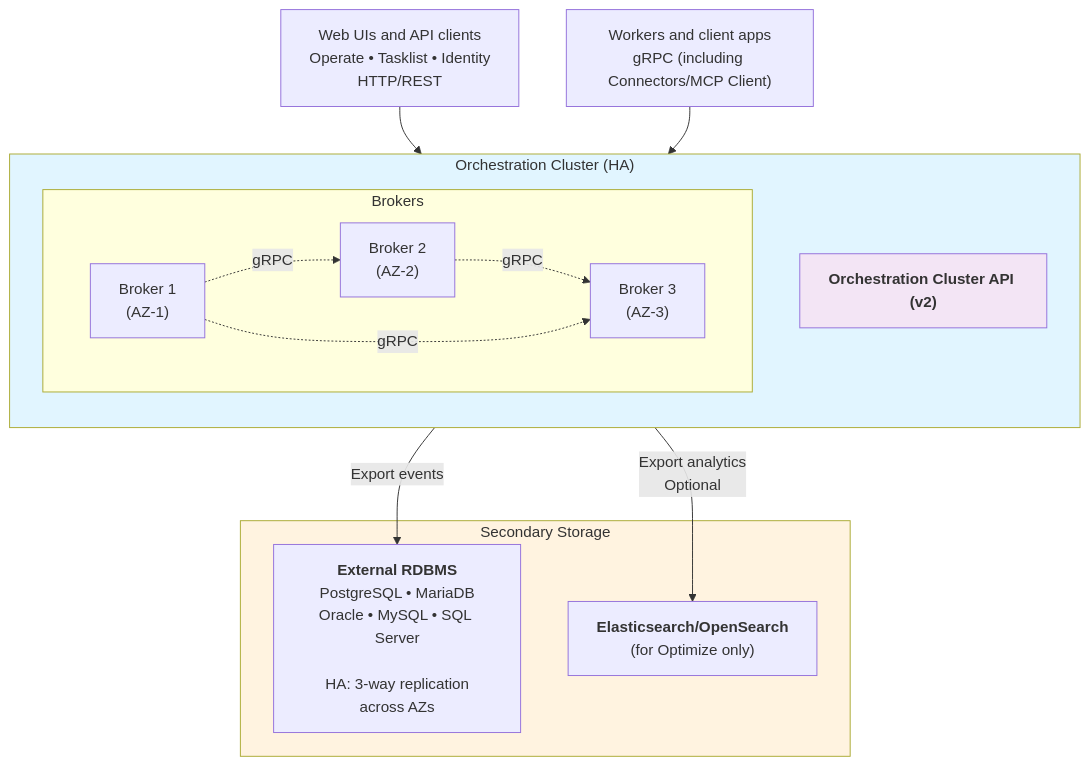
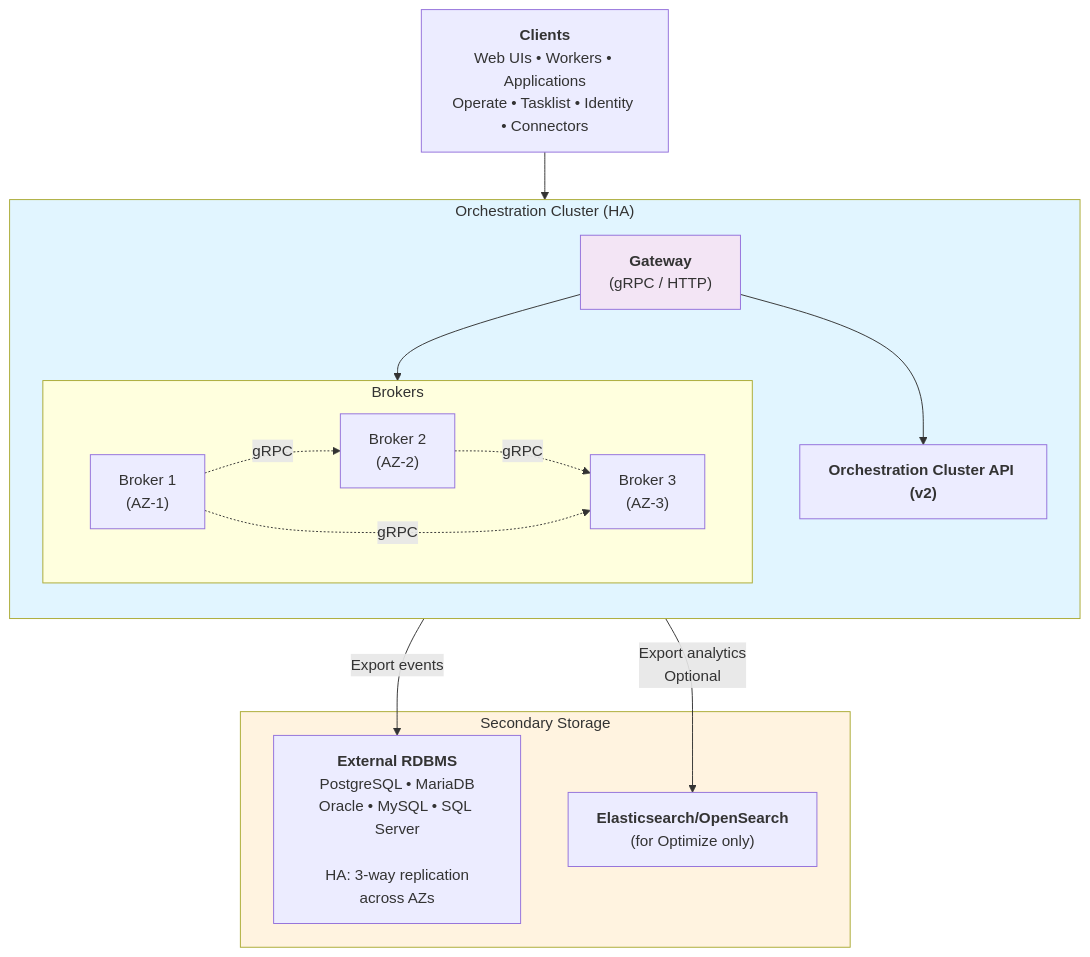
The diagram in docs/self-managed/deployment/manual/rdbms/rdbms-production-architecture.md (camunda/camunda-docs), drawn with Mermaid before and after one commit.

Commit message:
update diagram

````diff
--- a/docs/self-managed/deployment/manual/rdbms/rdbms-production-architecture.md
+++ b/docs/self-managed/deployment/manual/rdbms/rdbms-production-architecture.md
@@ -14,33 +14,34 @@
 ```mermaid
 graph TB
     subgraph oc["Orchestration Cluster (HA)"]
         direction TB
+        gateway["<b>Gateway</b><br/>(gRPC / HTTP)"]
         subgraph brokers["Brokers"]
             b1["Broker 1<br/>(AZ-1)"]
             b2["Broker 2<br/>(AZ-2)"]
             b3["Broker 3<br/>(AZ-3)"]
         end
         api["<b>Orchestration Cluster API (v2)</b>"]
 
+        gateway --> brokers
+        gateway --> api
         b1 -.->|gRPC| b2
         b2 -.->|gRPC| b3
         b1 -.->|gRPC| b3
     end
 
     subgraph storage["Secondary Storage"]
         rdbms["<b>External RDBMS</b><br/>PostgreSQL • MariaDB<br/>Oracle • MySQL • SQL Server<br/><br/>HA: 3-way replication<br/>across AZs"]
         opt["<b>Elasticsearch/OpenSearch</b><br/>(for Optimize only)"]
     end
 
-    apiClients["Web UIs and API clients<br/>Operate • Tasklist • Identity<br/>HTTP/REST"]
-    grpcClients["Workers and client apps<br/>gRPC (including Connectors/MCP Client)"]
+    clients["<b>Clients</b><br/>Web UIs • Workers • Applications<br/>Operate • Tasklist • Identity • Connectors"]
 
-    apiClients --> api
-    grpcClients --> brokers
+    clients --> gateway
     brokers -->|Export events| rdbms
     brokers -->|Export analytics<br/>Optional| opt
 
     style oc fill:#e1f5ff
     style storage fill:#fff3e0
-    style api fill:#f3e5f5
+    style gateway fill:#f3e5f5
 ```
````
